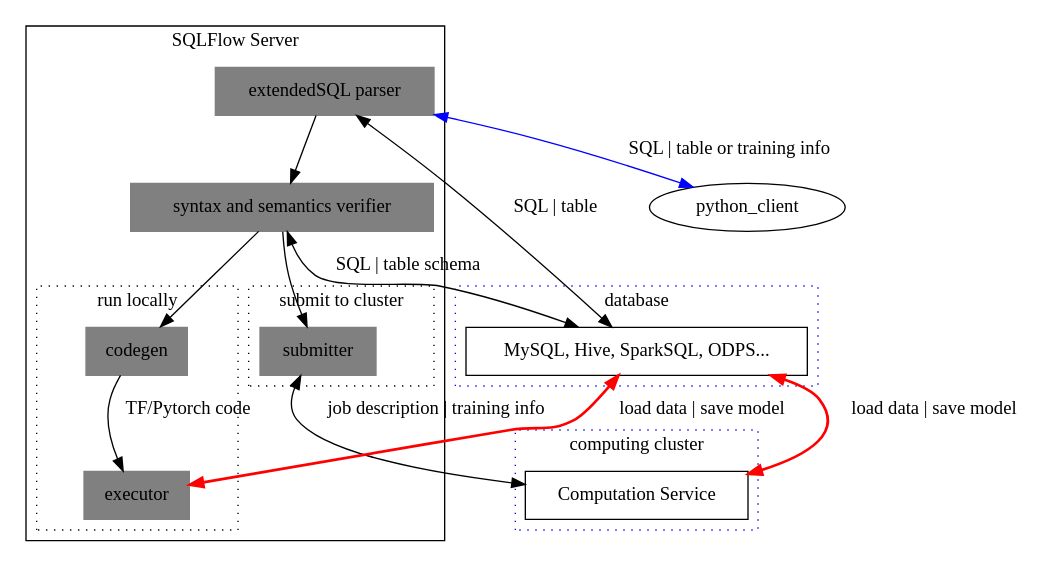
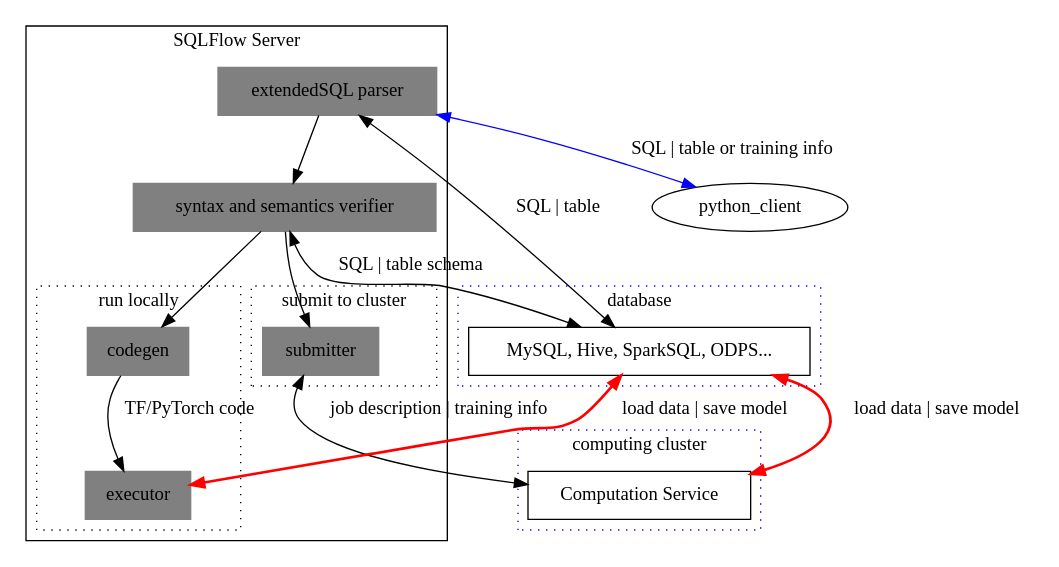
The diagram in doc/figures/sqlflow-arch2.dot (sql-machine-learning/sqlflow), drawn with Graphviz before and after one commit. The commit also changed 2 other files, not shown here.

Commit message:
Fix PyTorch case

```diff
--- a/doc/figures/sqlflow-arch2.dot
+++ b/doc/figures/sqlflow-arch2.dot
@@ -1,50 +1,50 @@
 
 digraph G {
   graph [compound=true];
   subgraph cluster_1 {
     label = "SQLFlow Server";
     node [style=filled,color=grey,shape=box];
     parser [label="extendedSQL parser"]
     verifier [label="syntax and semantics verifier"]
     parser -> verifier;
     verifier -> {codegen submitter}
 
     subgraph cluster_10 {
       label = "run locally";
       node [style=filled, shape=box];
       graph[style=dotted];
-      codegen -> executor [label="TF/Pytorch code"];
+      codegen -> executor [label="TF/PyTorch code"];
     }
 
     subgraph cluster_11 {
       label = "submit to cluster";
       node [style=filled, shape=box];
       graph[style=dotted];
       submitter;
     }
   }
 
   subgraph cluster_2 {
     label = "database"
     style=filled;
     graph[style=dotted];
     color=blue;
     database [label="MySQL, Hive, SparkSQL, ODPS...",shape=box];
   }
 
   subgraph cluster_3 {
     label = "computing cluster"
     style=filled;
     graph[style=dotted];
     color=blue;
     compute_cluster [label="Computation Service",shape=box];
   }
 
   parser -> {python_client} [color=blue, dir="both", label="SQL | table or training info"]
   parser -> database [dir="both", label="SQL | table"];
   verifier -> database [dir="both", label="SQL | table schema"];
   submitter -> compute_cluster [dir="both", label="job description | training info"]
 
   database -> compute_cluster [color=red, style=bold, dir="both", label="load data | save model"]
   database -> executor [color=red, style=bold, dir="both", label="load data | save model"]
 }
```
